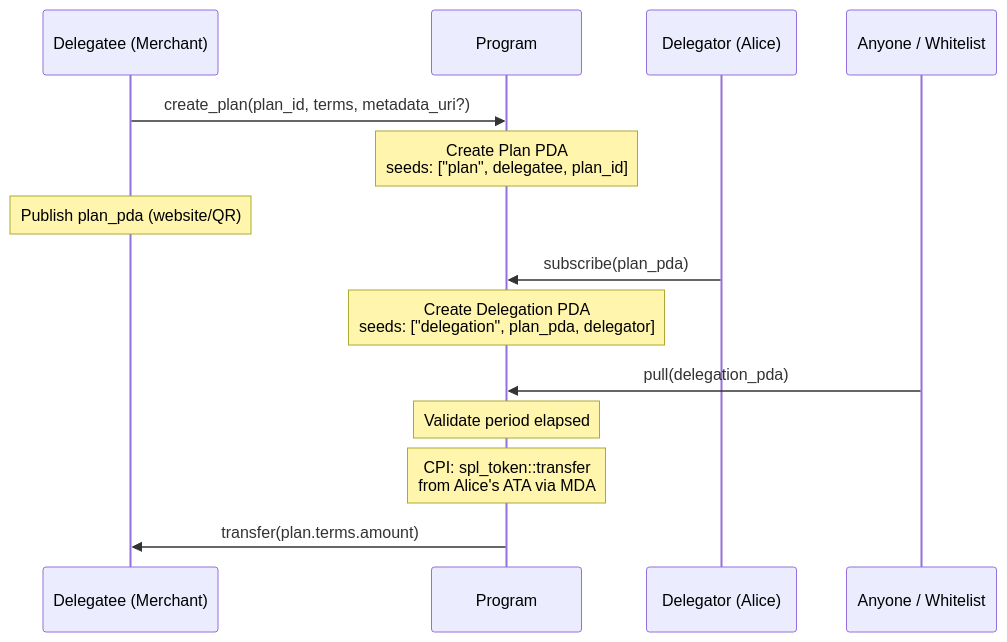
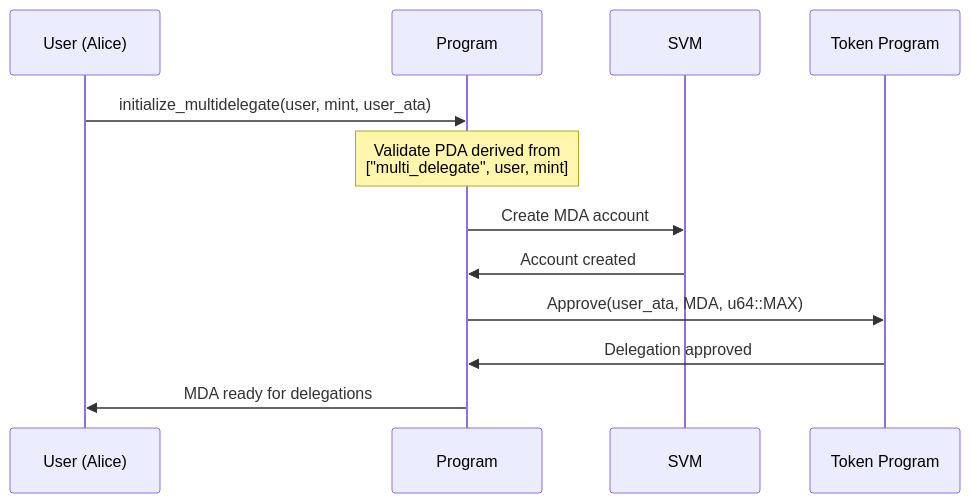
One commit to solana-program/multi-delegator changed the second of 6 diagrams in docs/001-multi-delegator-architecture.md. Above: the diagram before and after it, drawn with Mermaid. The commit also changed other lines of this file and 1 other file, not shown here.

First line of the commit message:
feat: ADR-001 open questions for delegation transfer design (#14)

````diff
--- a/docs/001-multi-delegator-architecture.md
+++ b/docs/001-multi-delegator-architecture.md
@@ -285,19 +46,17 @@
 ```mermaid
 sequenceDiagram
-    participant D as Delegatee (Merchant)
+    participant U as User (Alice)
     participant P as Program
-    participant U as Delegator (Alice)
-    participant X as Anyone / Whitelist
+    participant S as SVM
+    participant T as Token Program
 
-    D->>P: create_plan(plan_id, terms, metadata_uri?)
-    Note over P: Create Plan PDA<br/>seeds: ["plan", delegatee, plan_id]
-    Note over D: Publish plan_pda (website/QR)
+    U->>P: initialize_multidelegate(user, mint, user_ata)
+    Note over P: Validate PDA derived from<br/>["multi_delegate", user, mint]
 
-    U->>P: subscribe(plan_pda)
-    Note over P: Create Delegation PDA<br/>seeds: ["delegation", plan_pda, delegator]
+    P->>S: Create MDA account
+    S->>P: Account created
 
-    X->>P: pull(delegation_pda)
-    Note over P: Validate period elapsed
-    Note over P: CPI: spl_token::transfer<br/>from Alice's ATA via MDA
-    P->>D: transfer(plan.terms.amount)
+    P->>T: Approve(user_ata, MDA, u64::MAX)
+    T->>P: Delegation approved
+    P->>U: MDA ready for delegations
 ```
````
